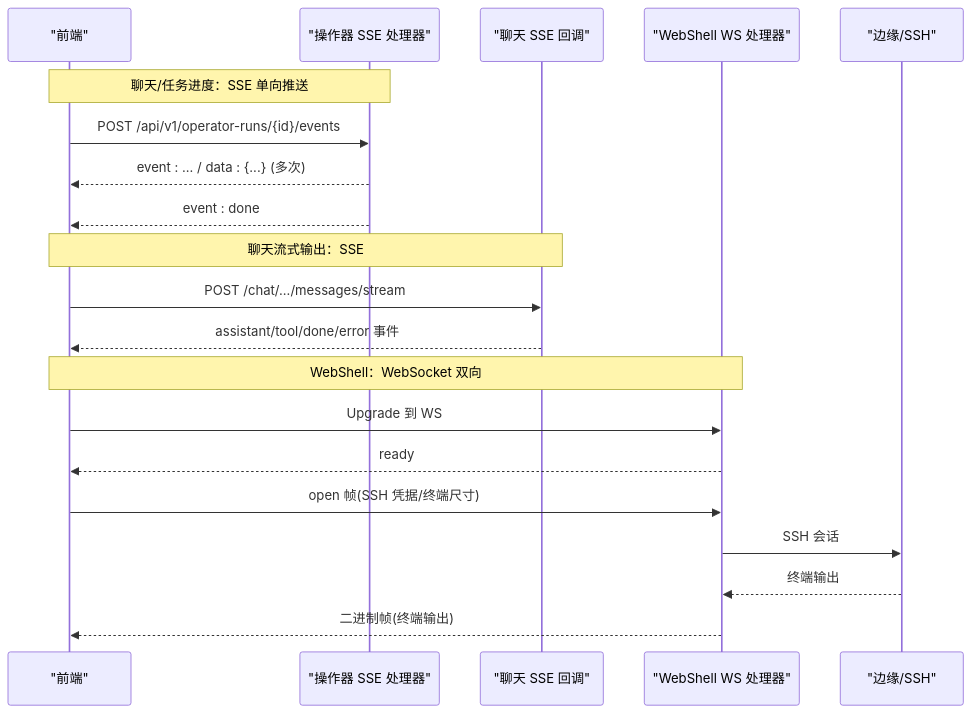
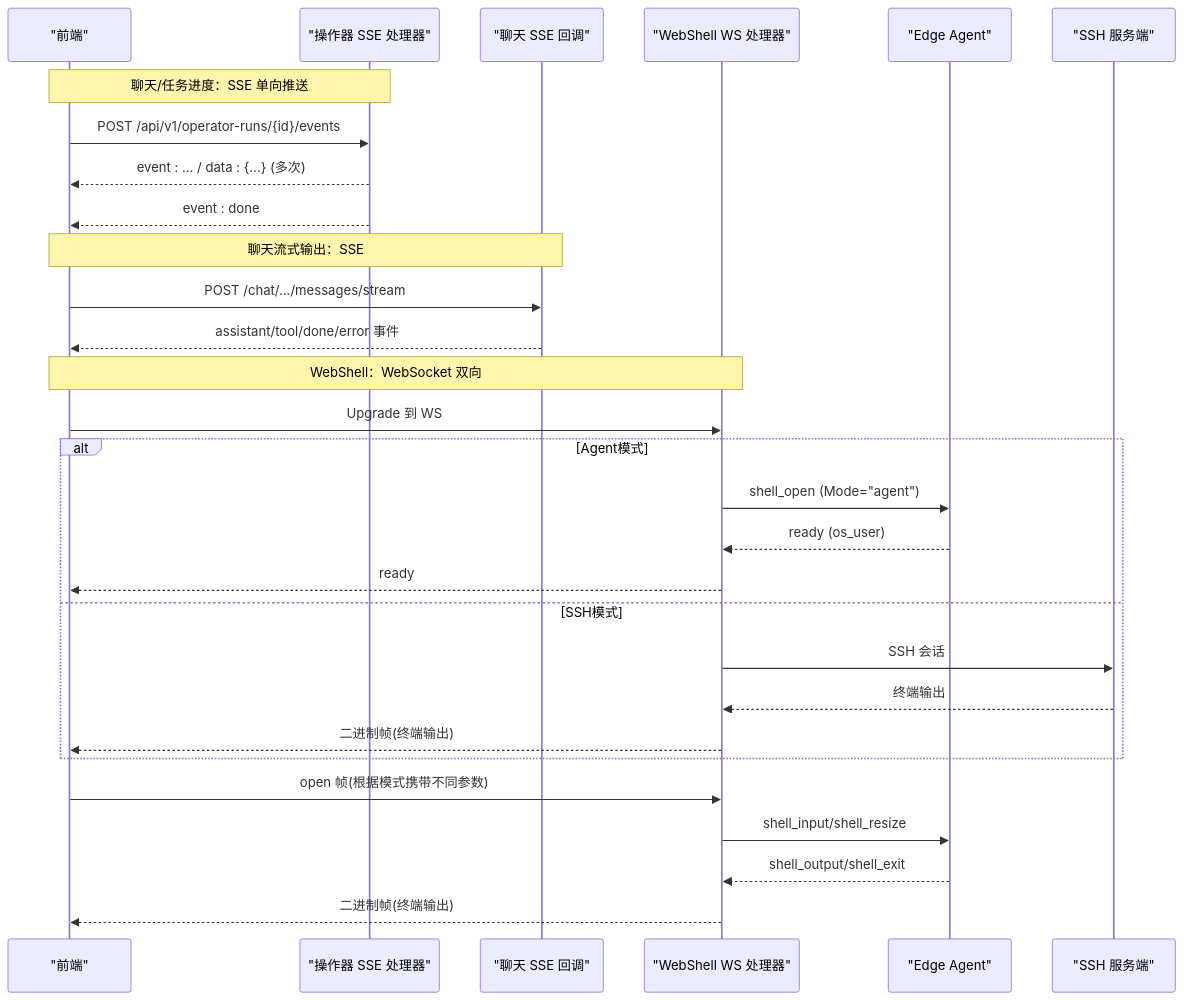
Before and after one commit to xied1133-oss/ongrid: the second of 8 diagrams in .qoder/repowiki/zh/content/前端应用/API 集成/实时通信.md, drawn with Mermaid. The commit also changed other lines of this file and 131 other files, not shown here.

````diff
--- a/.qoder/repowiki/zh/content/前端应用/API 集成/实时通信.md
+++ b/.qoder/repowiki/zh/content/前端应用/API 集成/实时通信.md
@@ -97,22 +112,31 @@
 ```mermaid
 sequenceDiagram
 participant FE as "前端"
 participant OP as "操作器 SSE 处理器"
 participant CHAT as "聊天 SSE 回调"
 participant WS as "WebShell WS 处理器"
-participant EDGE as "边缘/SSH"
+participant EDGE as "Edge Agent"
+participant SSH as "SSH 服务端"
 Note over FE,OP : 聊天/任务进度：SSE 单向推送
 FE->>OP : POST /api/v1/operator-runs/{id}/events
 OP-->>FE : event : ... / data : {...} (多次)
 OP-->>FE : event : done
 Note over FE,CHAT : 聊天流式输出：SSE
 FE->>CHAT : POST /chat/.../messages/stream
 CHAT-->>FE : assistant/tool/done/error 事件
 Note over FE,WS : WebShell：WebSocket 双向
 FE->>WS : Upgrade 到 WS
+alt Agent模式
+WS->>EDGE : shell_open (Mode="agent")
+EDGE-->>WS : ready (os_user)
 WS-->>FE : ready
-FE->>WS : open 帧(SSH 凭据/终端尺寸)
-WS->>EDGE : SSH 会话
-EDGE-->>WS : 终端输出
+else SSH模式
+WS->>SSH : SSH 会话
+SSH-->>WS : 终端输出
+WS-->>FE : 二进制帧(终端输出)
+end
+FE->>WS : open 帧(根据模式携带不同参数)
+WS->>EDGE : shell_input/shell_resize
+EDGE-->>WS : shell_output/shell_exit
 WS-->>FE : 二进制帧(终端输出)
 ```
````
